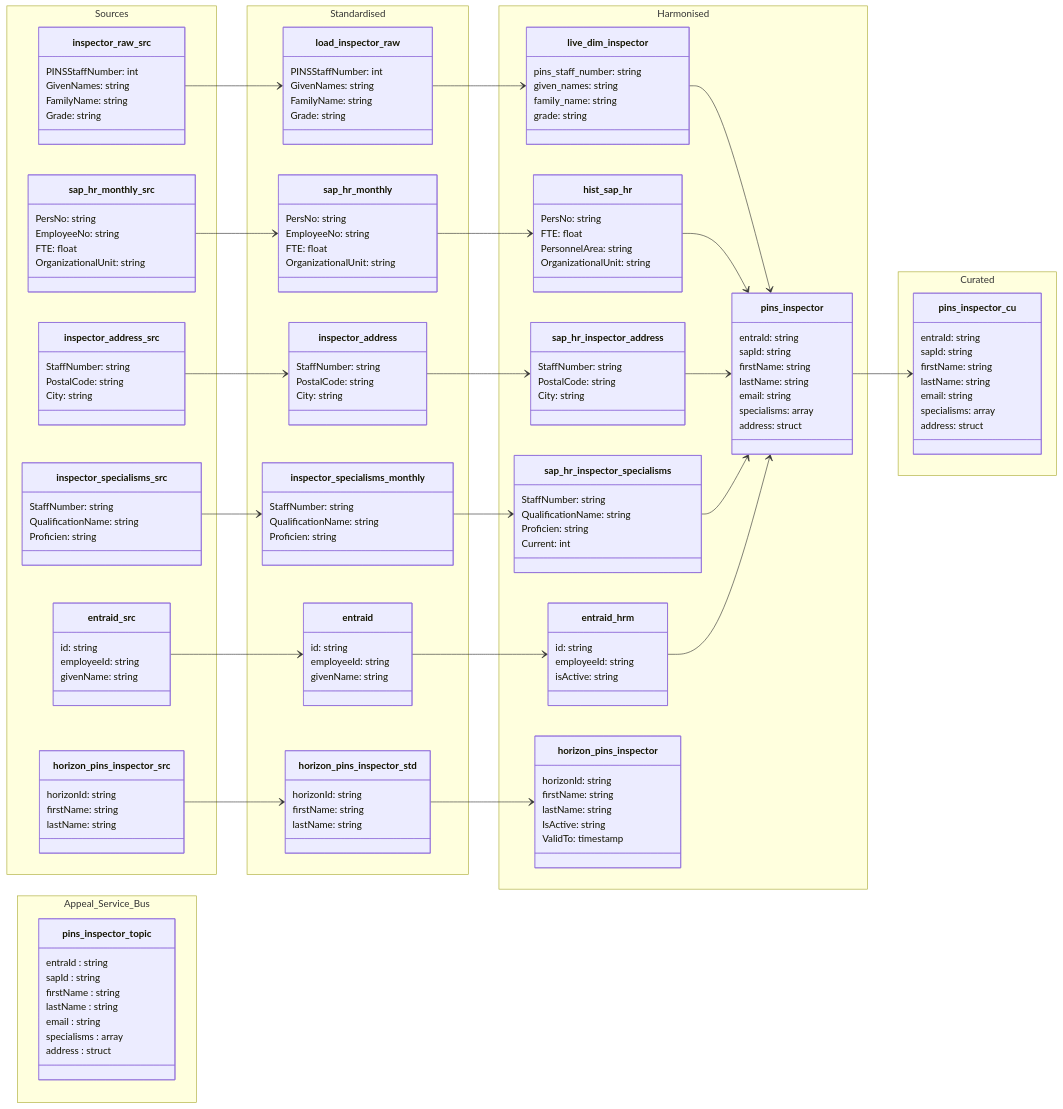
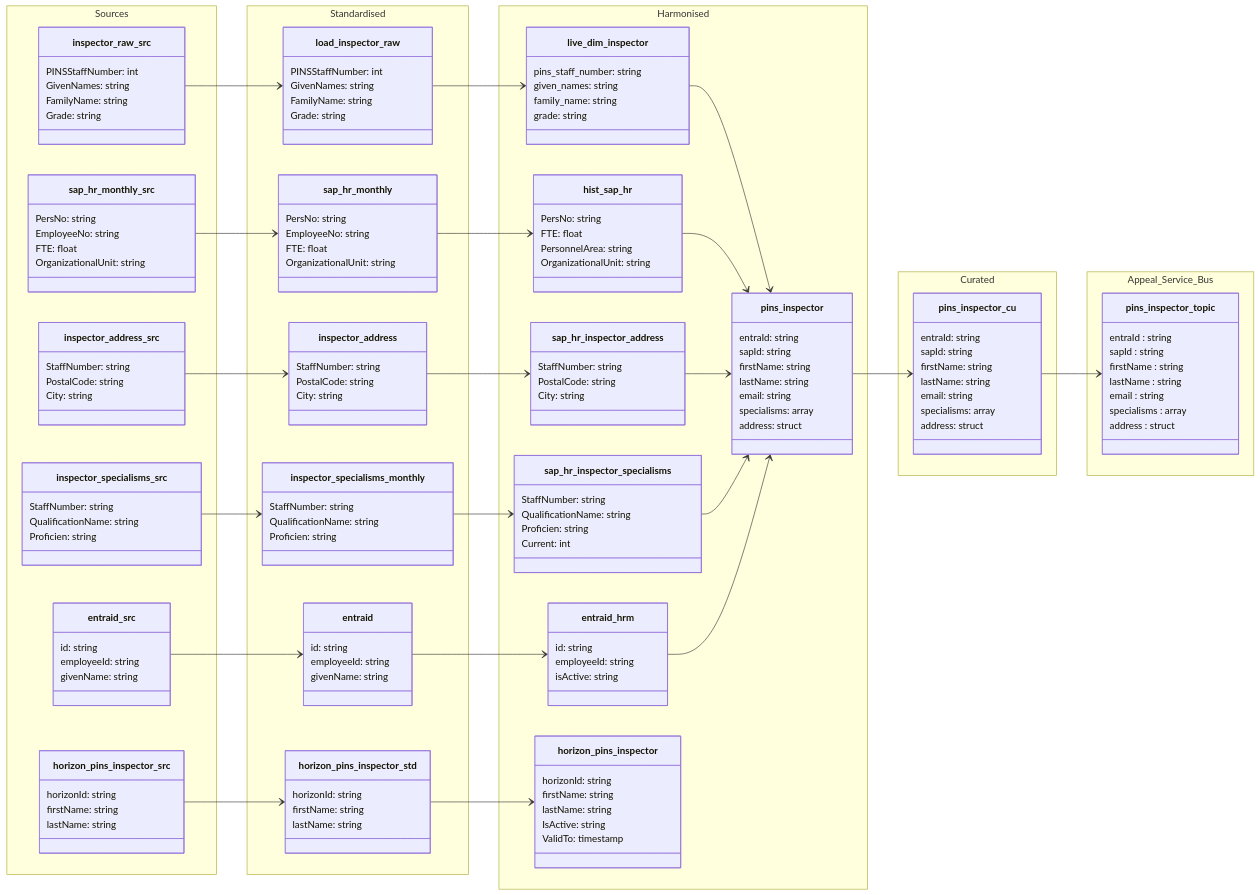
Before and after one commit to Planning-Inspectorate/odw-synapse-workspace: the diagram in data-models/pins-inspector.md, drawn with Mermaid.

```diff
--- a/data-models/pins-inspector.md
+++ b/data-models/pins-inspector.md
@@ -204,6 +204,9 @@
 %% Harmonised to Curated
 `pins_inspector` --> `pins_inspector_cu`
 
+%% Curated to Service Bus
+`pins_inspector_cu` --> `pins_inspector_topic`
+
 %% Horizon Flow (Separate Path)
 `horizon_pins_inspector_src` --> `horizon_pins_inspector_std`
 `horizon_pins_inspector_std` --> `horizon_pins_inspector`
```
